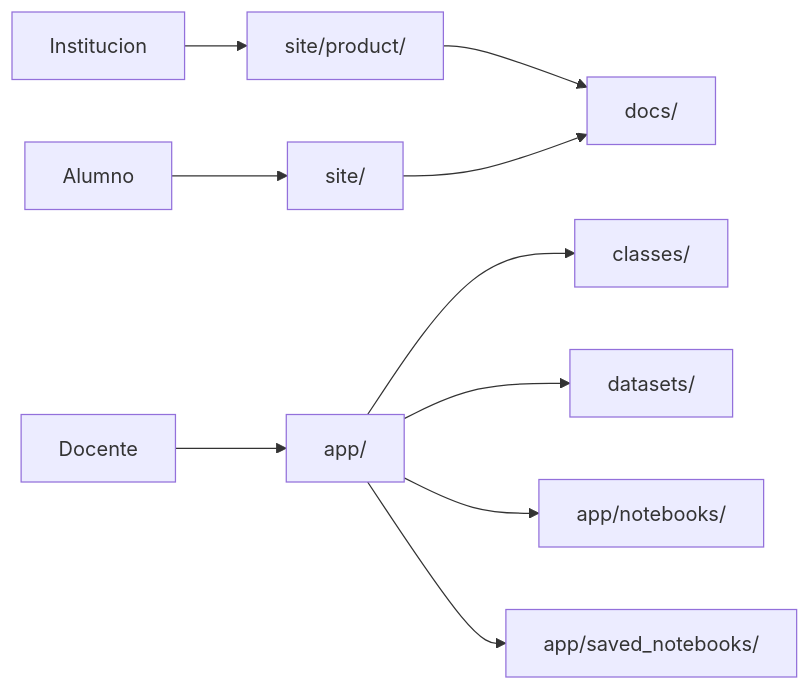
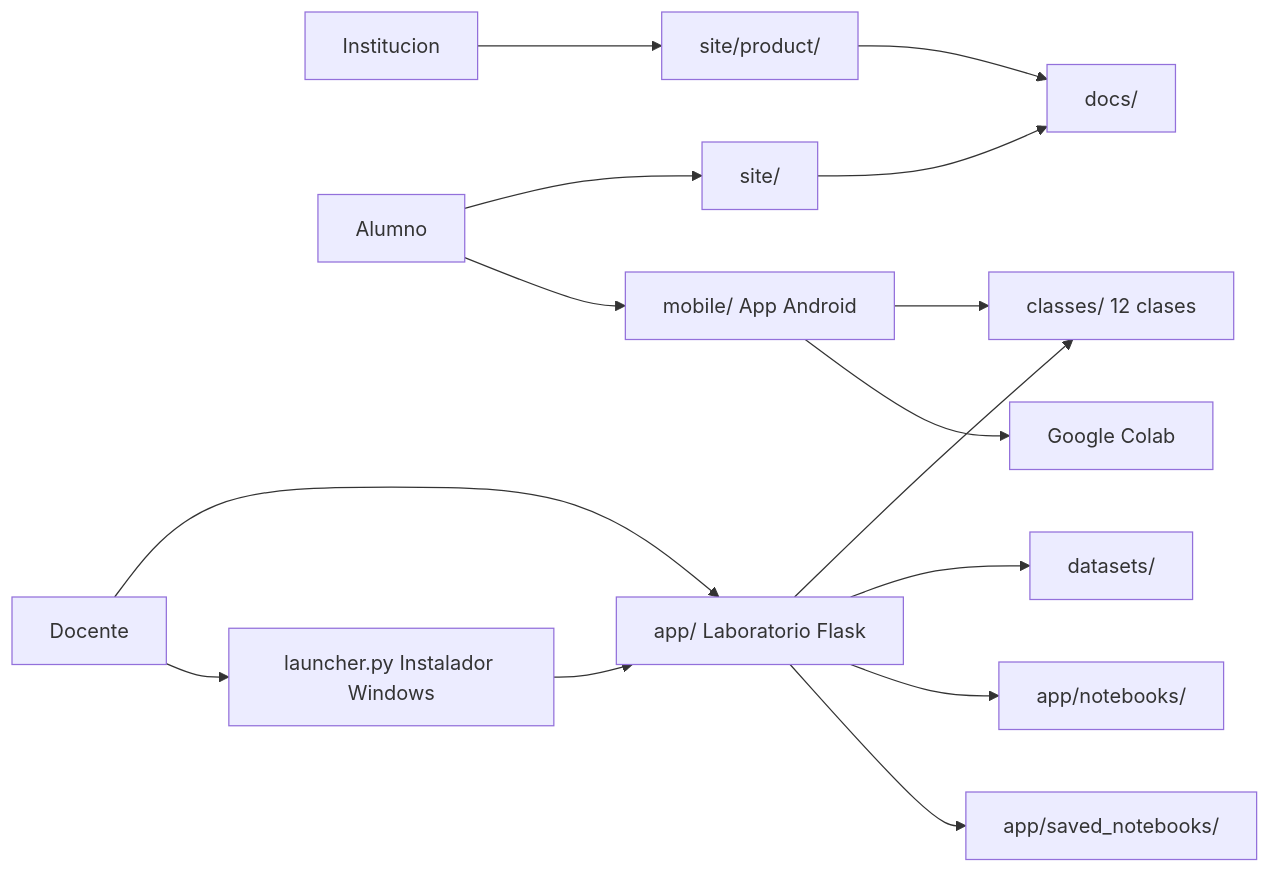
Before and after one commit to vladimiracunadev-create/python-data-science-bootcamp: the diagram in README.md, drawn with Mermaid. The commit also changed other lines of this file and 69 other files, not shown here.

First line of the commit message:
Add Android app, Windows installer, and complete notebooks for classes 9-12

````diff
--- a/README.md
+++ b/README.md
@@ -78,13 +79,18 @@
 ```mermaid
 graph LR
     INST["Institucion"] --> PRODUCT["site/product/"]
     ALUM["Alumno"] --> PORTAL["site/"]
-    DOC["Docente"] --> LAB["app/"]
+    ALUM --> MOBILE["mobile/ App Android"]
+    DOC["Docente"] --> LAB["app/ Laboratorio Flask"]
+    DOC --> WIN["launcher.py Instalador Windows"]
 
     PRODUCT --> DOCS["docs/"]
     PORTAL --> DOCS
-    LAB --> CLASSES["classes/"]
+    MOBILE --> CLASSES["classes/ 12 clases"]
+    MOBILE --> COLAB["Google Colab"]
+    LAB --> CLASSES
     LAB --> DATA["datasets/"]
     LAB --> NOTEBOOKS["app/notebooks/"]
     LAB --> SAVED["app/saved_notebooks/"]
+    WIN --> LAB
 ```
````
